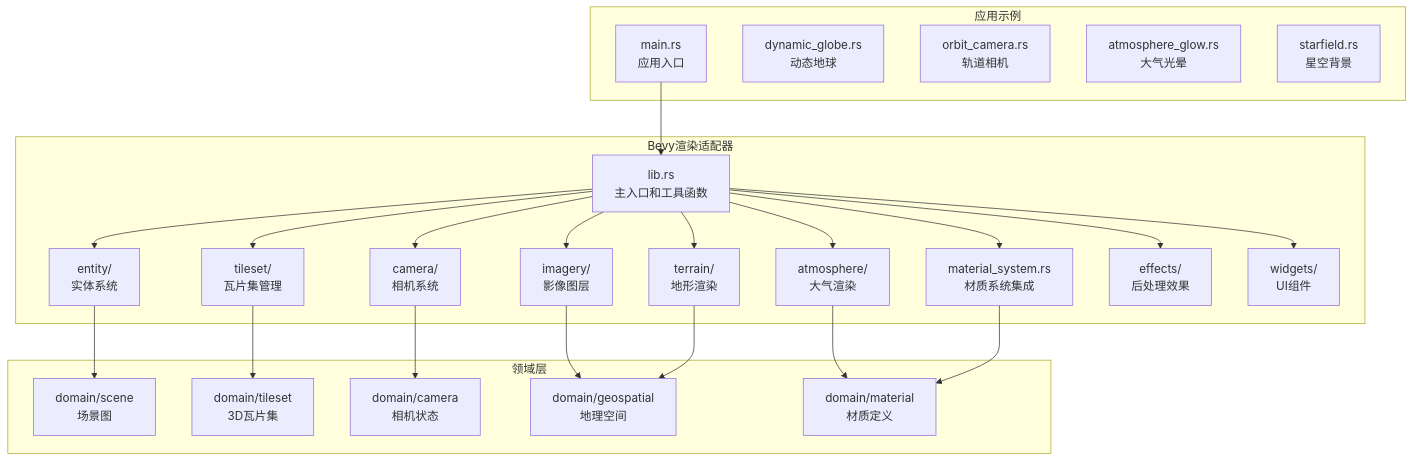
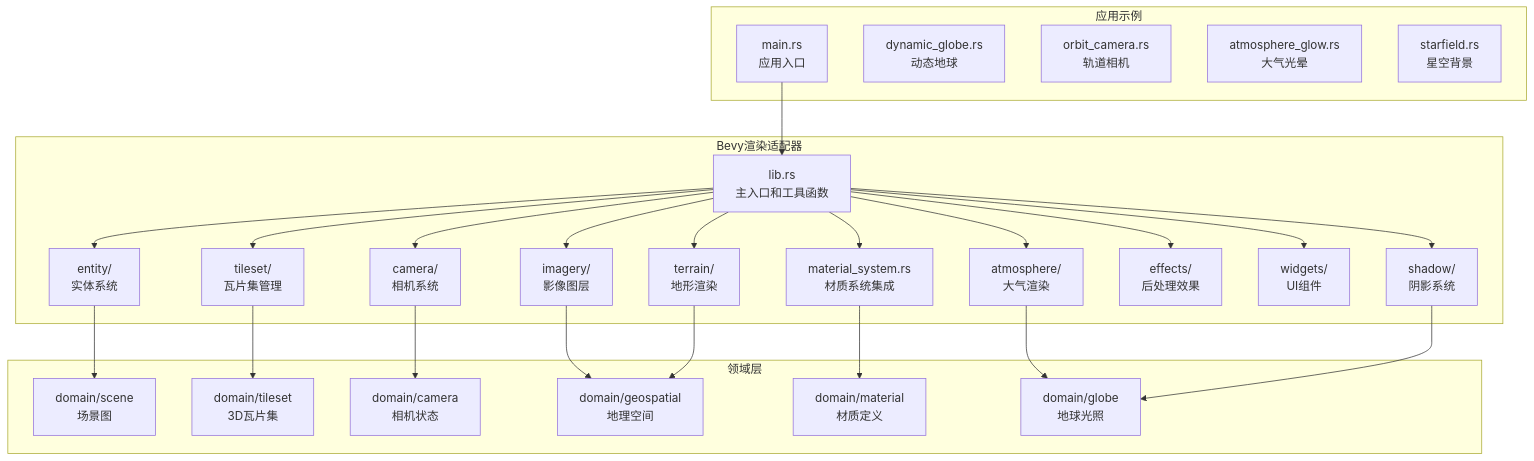
One commit to rzhangjing/cesium changed the first of 4 diagrams in .qoder/repowiki/zh/content/项目概述/核心特性/3D渲染引擎/Bevy渲染适配器.md. Above: the diagram before and after it, drawn with Mermaid. The commit also changed other lines of this file and 9 other files, not shown here.

````diff
--- a/.qoder/repowiki/zh/content/项目概述/核心特性/3D渲染引擎/Bevy渲染适配器.md
+++ b/.qoder/repowiki/zh/content/项目概述/核心特性/3D渲染引擎/Bevy渲染适配器.md
@@ -51,46 +51,50 @@
 ```mermaid
 graph TB
 subgraph "Bevy渲染适配器"
 A["lib.rs<br/>主入口和工具函数"]
 B["camera/<br/>相机系统"]
 C["tileset/<br/>瓦片集管理"]
 D["atmosphere/<br/>大气渲染"]
 E["material_system.rs<br/>材质系统集成"]
 F["entity/<br/>实体系统"]
 G["imagery/<br/>影像图层"]
 H["terrain/<br/>地形渲染"]
 I["effects/<br/>后处理效果"]
 J["widgets/<br/>UI组件"]
+K["shadow/<br/>阴影系统"]
 end
 subgraph "应用示例"
-K["main.rs<br/>应用入口"]
-L["dynamic_globe.rs<br/>动态地球"]
-M["orbit_camera.rs<br/>轨道相机"]
-N["atmosphere_glow.rs<br/>大气光晕"]
-O["starfield.rs<br/>星空背景"]
+L["main.rs<br/>应用入口"]
+M["dynamic_globe.rs<br/>动态地球"]
+N["orbit_camera.rs<br/>轨道相机"]
+O["atmosphere_glow.rs<br/>大气光晕"]
+P["starfield.rs<br/>星空背景"]
 end
 subgraph "领域层"
-P["domain/scene<br/>场景图"]
-Q["domain/tileset<br/>3D瓦片集"]
-R["domain/camera<br/>相机状态"]
-S["domain/geospatial<br/>地理空间"]
-T["domain/material<br/>材质定义"]
+Q["domain/scene<br/>场景图"]
+R["domain/tileset<br/>3D瓦片集"]
+S["domain/camera<br/>相机状态"]
+T["domain/geospatial<br/>地理空间"]
+U["domain/material<br/>材质定义"]
+V["domain/globe<br/>地球光照"]
 end
-K --> A
+L --> A
 A --> B
 A --> C
 A --> D
 A --> E
 A --> F
 A --> G
 A --> H
 A --> I
 A --> J
-B --> R
-C --> Q
-D --> T
-E --> T
-F --> P
-G --> S
-H --> S
+A --> K
+B --> S
+C --> R
+D --> V
+E --> U
+F --> Q
+G --> T
+H --> T
+K --> V
 ```
````
